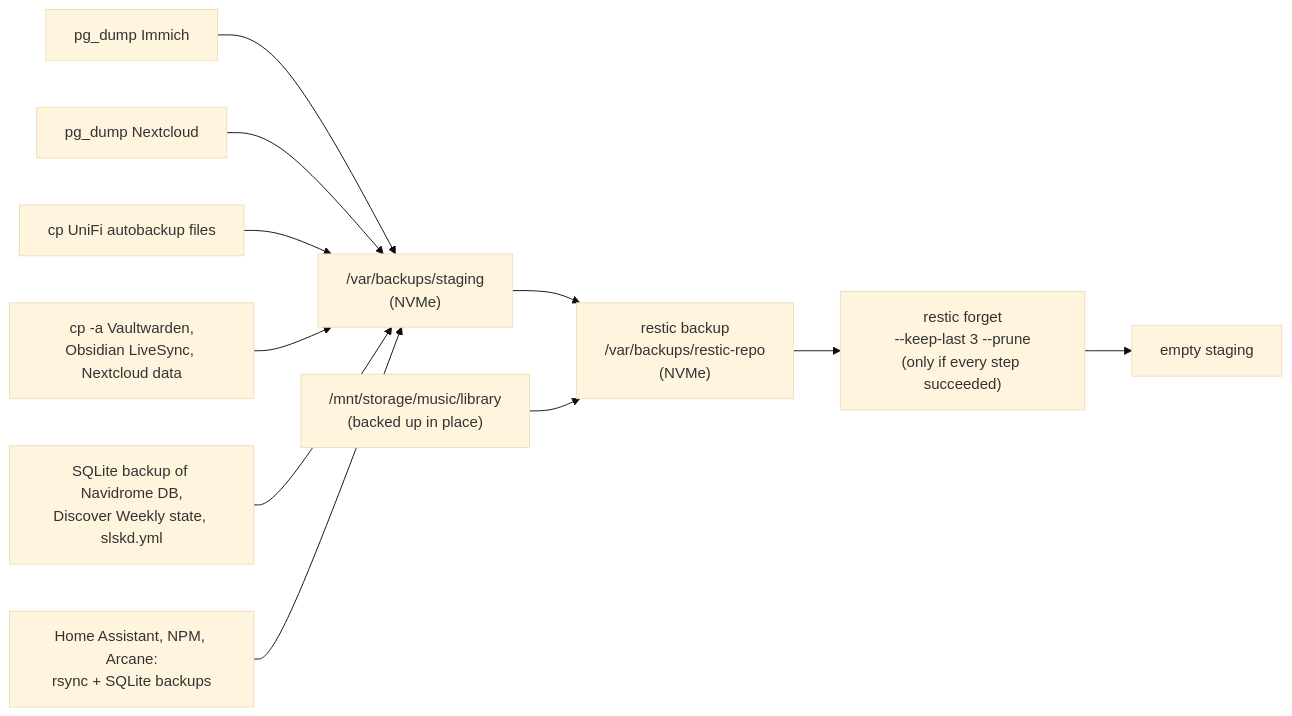
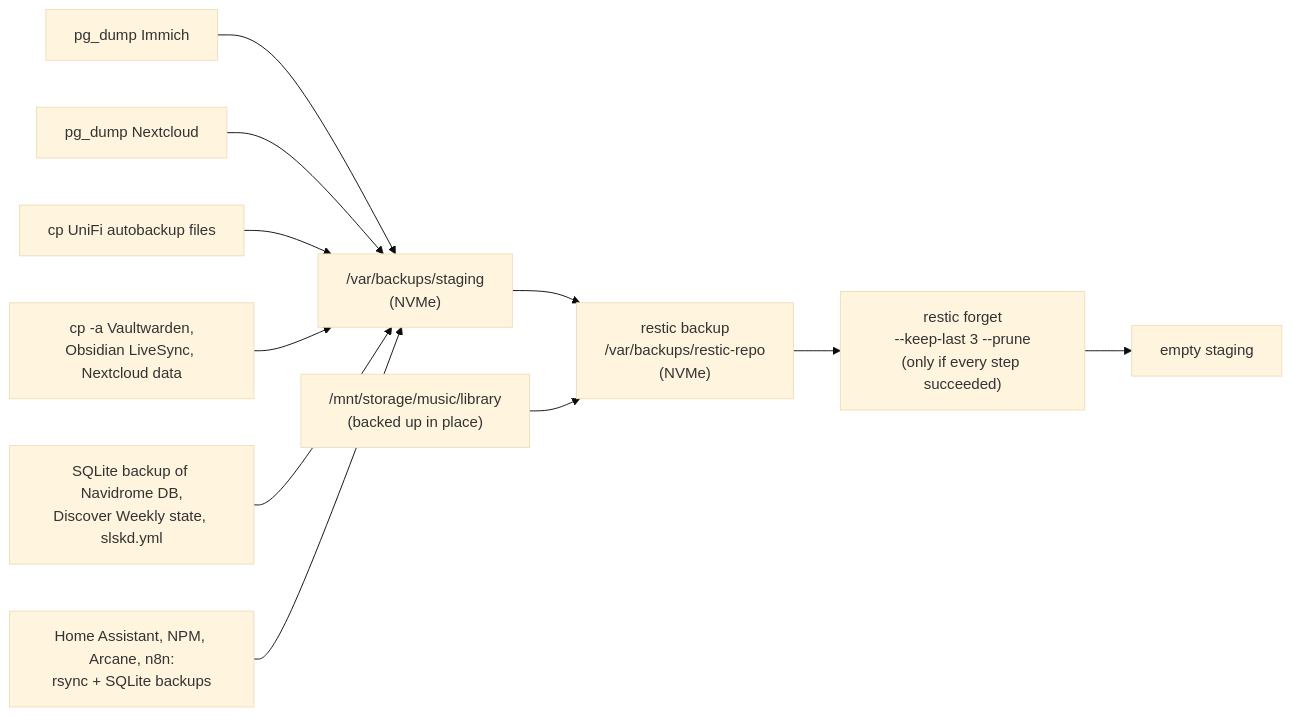
Before and after one commit to schultzn6619/homelab-documentation: the second of 2 diagrams in docs/storage-and-backups.md, drawn with Mermaid (base theme). The commit also changed other lines of this file and 3 other files, not shown here.

````diff
--- a/docs/storage-and-backups.md
+++ b/docs/storage-and-backups.md
@@ -105,13 +105,13 @@
 ```mermaid
 flowchart LR
     A[pg_dump Immich] --> S["/var/backups/staging<br/>(NVMe)"]
     B[pg_dump Nextcloud] --> S
     C["cp UniFi autobackup files"] --> S
     D["cp -a Vaultwarden,<br/>Obsidian LiveSync, Nextcloud data"] --> S
     E["SQLite backup of Navidrome DB,<br/>Discover Weekly state, slskd.yml"] --> S
-    G["Home Assistant, NPM, Arcane:<br/>rsync + SQLite backups"] --> S
+    G["Home Assistant, NPM, Arcane, n8n:<br/>rsync + SQLite backups"] --> S
     S --> R["restic backup<br/>/var/backups/restic-repo<br/>(NVMe)"]
     M["/mnt/storage/music/library<br/>(backed up in place)"] --> R
     R --> F["restic forget<br/>--keep-last 3 --prune<br/>(only if every step succeeded)"]
     F --> X[empty staging]
 ```
````
